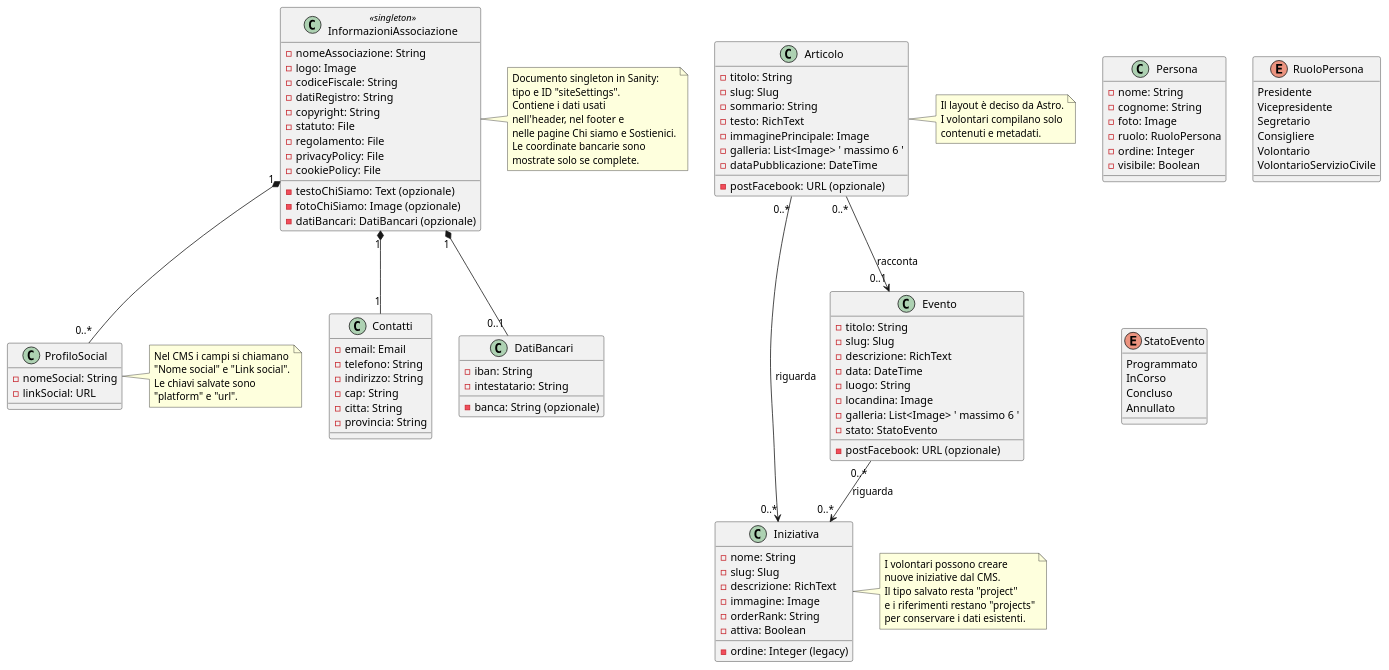
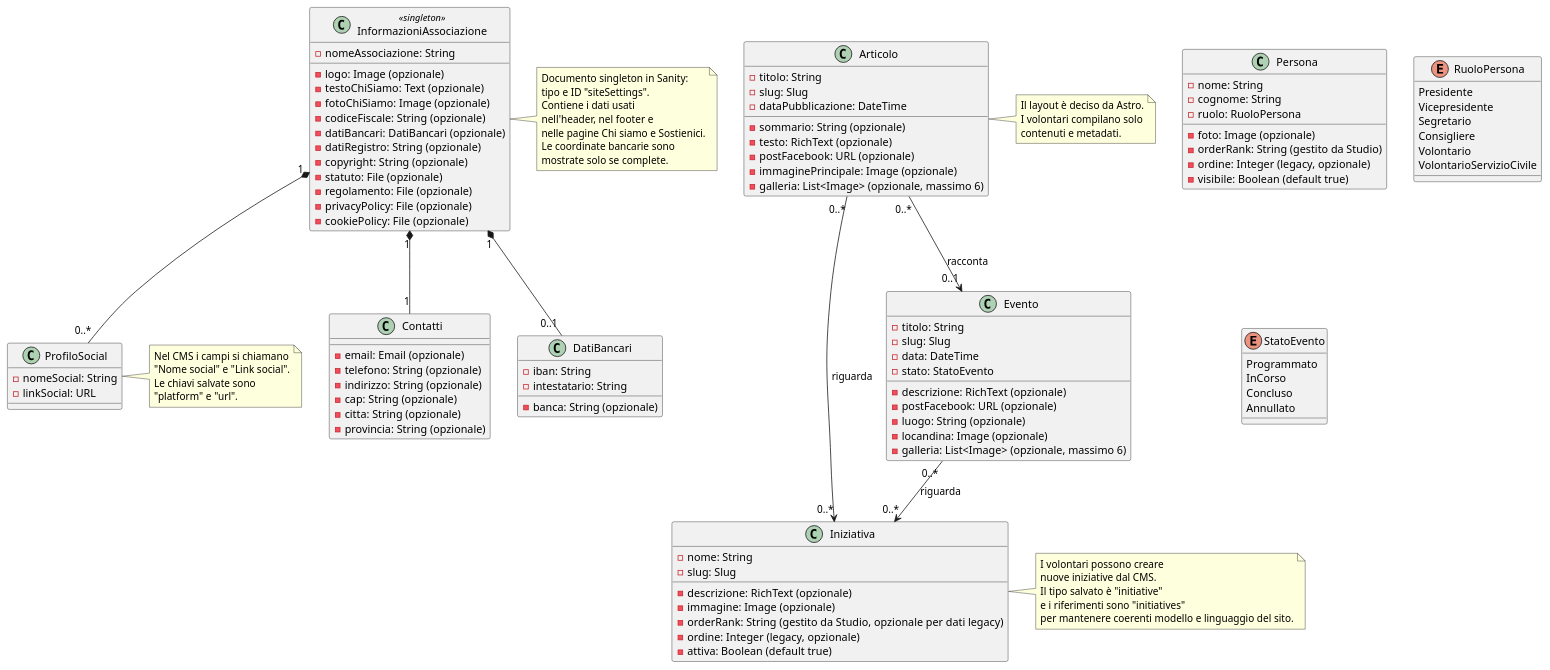
The diagram in docs/class.puml (bickpenna/Assoe), drawn with PlantUML before and after one commit. The commit also changed 21 other files, not shown here.

```diff
--- a/docs/class.puml
+++ b/docs/class.puml
@@ -1,151 +1,152 @@
 @startuml
 
 ' ============================================================
 ' Contenuti globali
 ' ============================================================
 
 class InformazioniAssociazione <<singleton>> {
     -nomeAssociazione: String
-    -logo: Image
+    -logo: Image (opzionale)
     -testoChiSiamo: Text (opzionale)
     -fotoChiSiamo: Image (opzionale)
-    -codiceFiscale: String
+    -codiceFiscale: String (opzionale)
     -datiBancari: DatiBancari (opzionale)
-    -datiRegistro: String
-    -copyright: String
-    -statuto: File
-    -regolamento: File
-    -privacyPolicy: File
-    -cookiePolicy: File
+    -datiRegistro: String (opzionale)
+    -copyright: String (opzionale)
+    -statuto: File (opzionale)
+    -regolamento: File (opzionale)
+    -privacyPolicy: File (opzionale)
+    -cookiePolicy: File (opzionale)
 }
 
 class Contatti {
-    -email: Email
-    -telefono: String
-    -indirizzo: String
-    -cap: String
-    -citta: String
-    -provincia: String
+    -email: Email (opzionale)
+    -telefono: String (opzionale)
+    -indirizzo: String (opzionale)
+    -cap: String (opzionale)
+    -citta: String (opzionale)
+    -provincia: String (opzionale)
 }
 
 class ProfiloSocial {
     -nomeSocial: String
     -linkSocial: URL
 }
 
 class DatiBancari {
     -iban: String
     -intestatario: String
     -banca: String (opzionale)
 }
 
 ' ============================================================
 ' Contenuti editoriali
 ' ============================================================
 
 class Iniziativa {
     -nome: String
     -slug: Slug
-    -descrizione: RichText
-    -immagine: Image
-    -orderRank: String
-    -ordine: Integer (legacy)
-    -attiva: Boolean
+    -descrizione: RichText (opzionale)
+    -immagine: Image (opzionale)
+    -orderRank: String (gestito da Studio, opzionale per dati legacy)
+    -ordine: Integer (legacy, opzionale)
+    -attiva: Boolean (default true)
 }
 
 class Articolo {
     -titolo: String
     -slug: Slug
-    -sommario: String
-    -testo: RichText
+    -sommario: String (opzionale)
+    -testo: RichText (opzionale)
     -postFacebook: URL (opzionale)
-    -immaginePrincipale: Image
-    -galleria: List<Image> ' massimo 6 '
+    -immaginePrincipale: Image (opzionale)
+    -galleria: List<Image> (opzionale, massimo 6)
     -dataPubblicazione: DateTime
 }
 
 class Evento {
     -titolo: String
     -slug: Slug
-    -descrizione: RichText
+    -descrizione: RichText (opzionale)
     -postFacebook: URL (opzionale)
     -data: DateTime
-    -luogo: String
-    -locandina: Image
-    -galleria: List<Image> ' massimo 6 '
+    -luogo: String (opzionale)
+    -locandina: Image (opzionale)
+    -galleria: List<Image> (opzionale, massimo 6)
     -stato: StatoEvento
 }
 
 class Persona {
     -nome: String
     -cognome: String
-    -foto: Image
+    -foto: Image (opzionale)
     -ruolo: RuoloPersona
-    -ordine: Integer
-    -visibile: Boolean
+    -orderRank: String (gestito da Studio)
+    -ordine: Integer (legacy, opzionale)
+    -visibile: Boolean (default true)
 }
 
 ' ==============================================================
 ' Enumerazioni
 ' ==============================================================
 
 enum RuoloPersona {
     Presidente
     Vicepresidente
     Segretario
     Consigliere
     Volontario
     VolontarioServizioCivile
 }
 
 enum StatoEvento {
     Programmato
     InCorso
     Concluso
     Annullato
 }
 
 ' ============================================================
 ' Relazioni
 ' ============================================================
 
 InformazioniAssociazione "1" *-- "1" Contatti
 InformazioniAssociazione "1" *-- "0..*" ProfiloSocial
 InformazioniAssociazione "1" *-- "0..1" DatiBancari
 
 Articolo "0..*" --> "0..*" Iniziativa : riguarda
 Evento "0..*" --> "0..*" Iniziativa : riguarda
 Articolo "0..*" --> "0..1" Evento : racconta
 
 note right of InformazioniAssociazione
     Documento singleton in Sanity:
     tipo e ID "siteSettings".
     Contiene i dati usati
     nell'header, nel footer e
     nelle pagine Chi siamo e Sostienici.
     Le coordinate bancarie sono
     mostrate solo se complete.
 end note
 
 note right of ProfiloSocial
     Nel CMS i campi si chiamano
     "Nome social" e "Link social".
     Le chiavi salvate sono
     "platform" e "url".
 end note
 
 note right of Iniziativa
     I volontari possono creare
     nuove iniziative dal CMS.
-    Il tipo salvato resta "project"
-    e i riferimenti restano "projects"
-    per conservare i dati esistenti.
+    Il tipo salvato è "initiative"
+    e i riferimenti sono "initiatives"
+    per mantenere coerenti modello e linguaggio del sito.
 end note
 
 note right of Articolo
     Il layout è deciso da Astro.
     I volontari compilano solo
     contenuti e metadati.
 end note
 
 @enduml
```
